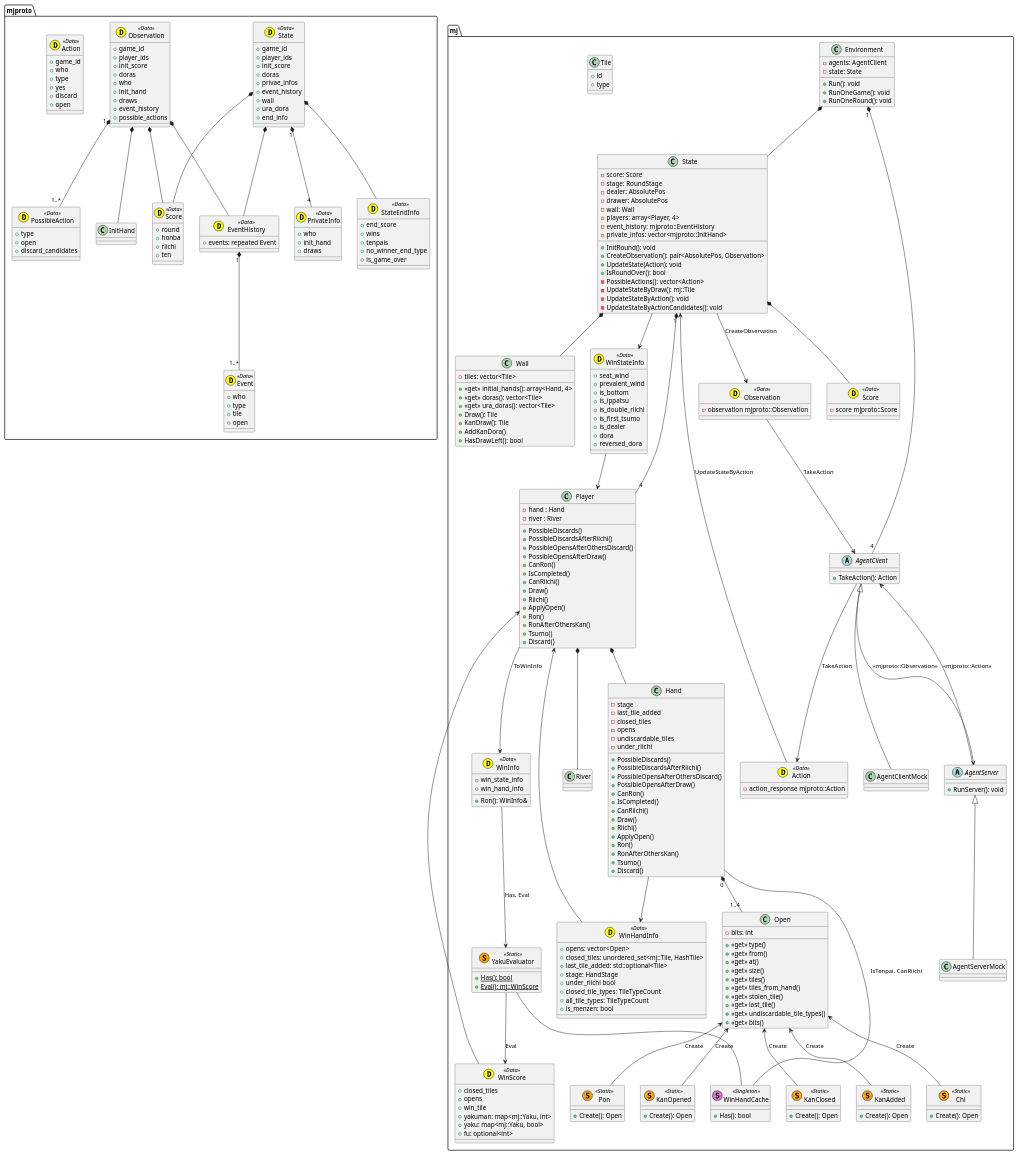
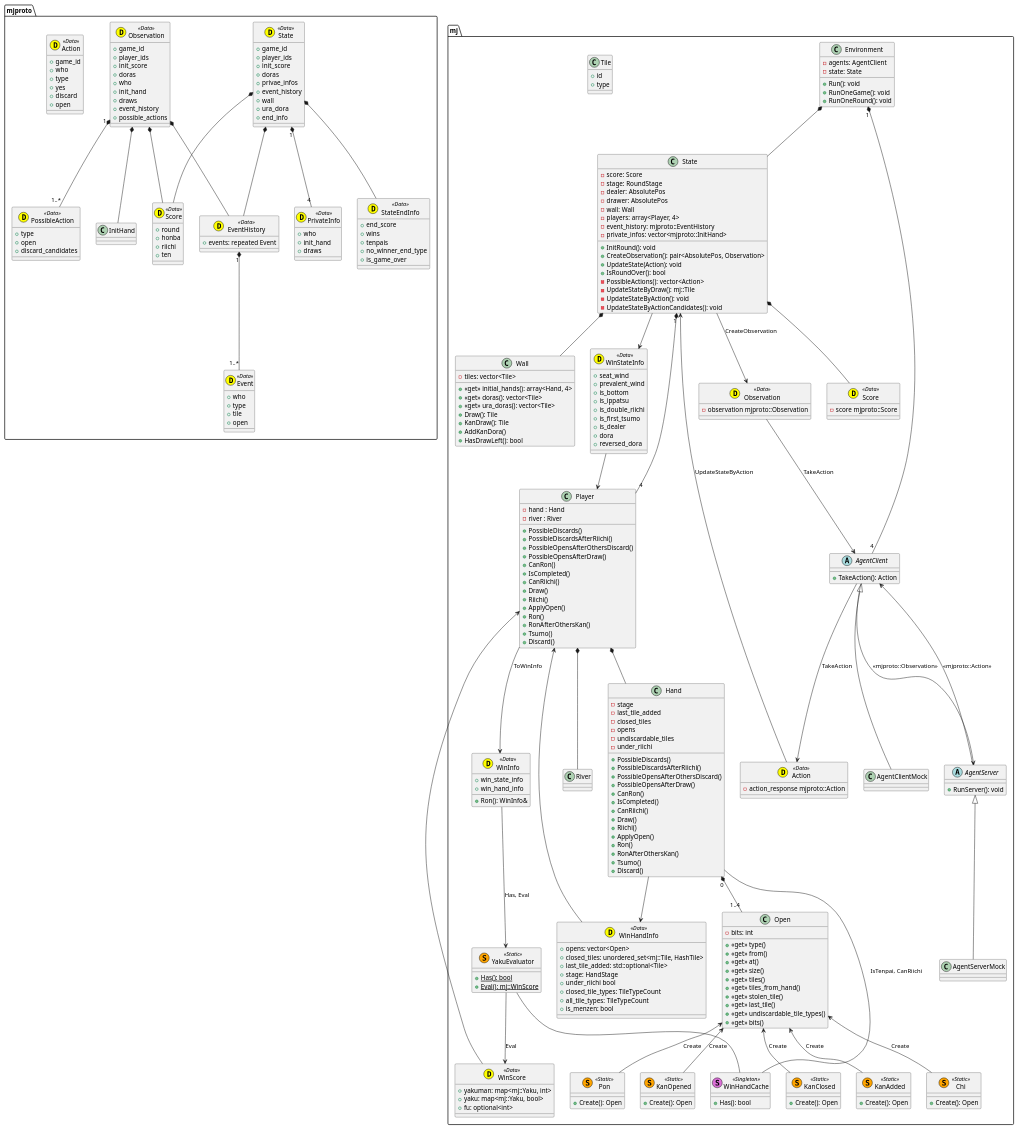
The diagram in plantuml/diagram.pu (mjx-project/mjx), drawn with PlantUML before and after one commit. The commit also changed 1 other file, not shown here.

Commit message:
docs: update class diagram

```diff
--- a/plantuml/diagram.pu
+++ b/plantuml/diagram.pu
@@ -122,9 +122,6 @@
 }
 
 class mj::WinScore <<(D,yellow) Data>> {
-    + closed_tiles
-    + opens
-    + win_tile
     + yakuman: map<mj::Yaku, int>
     + yaku: map<mj::Yaku, bool>
     + fu: optional<int>
```
